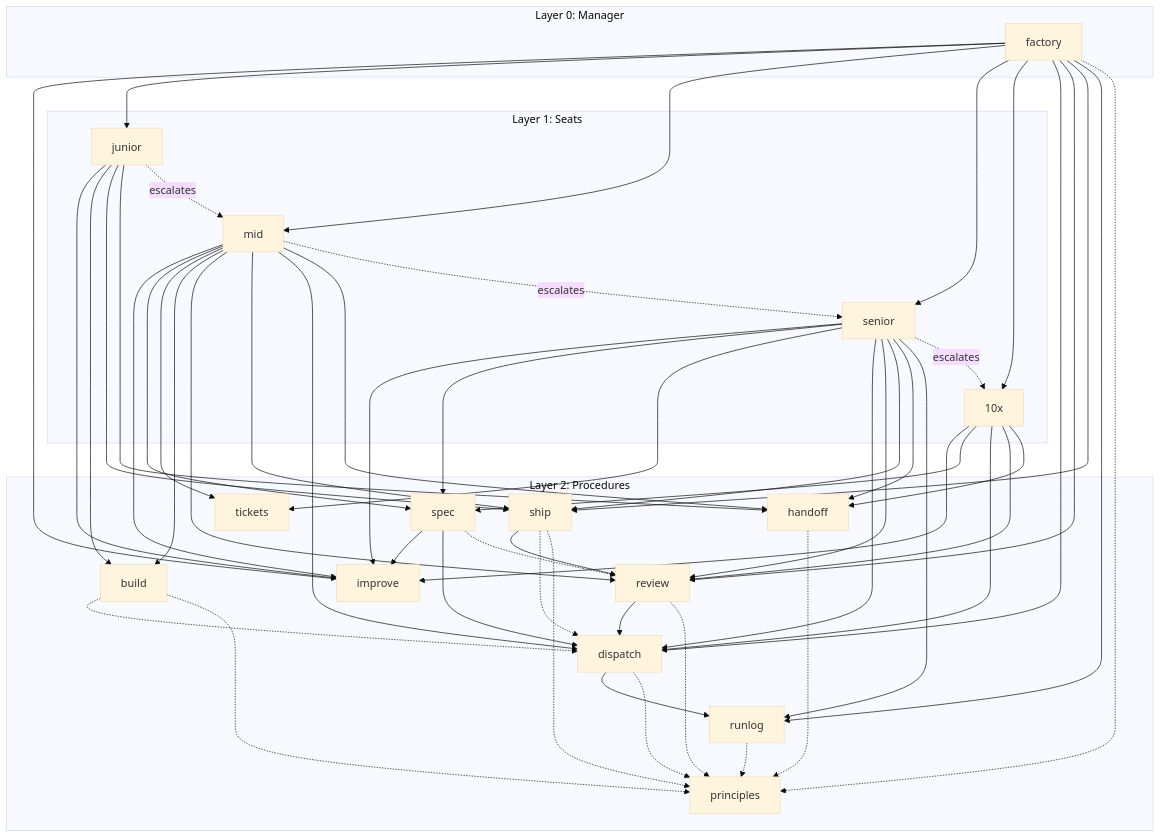
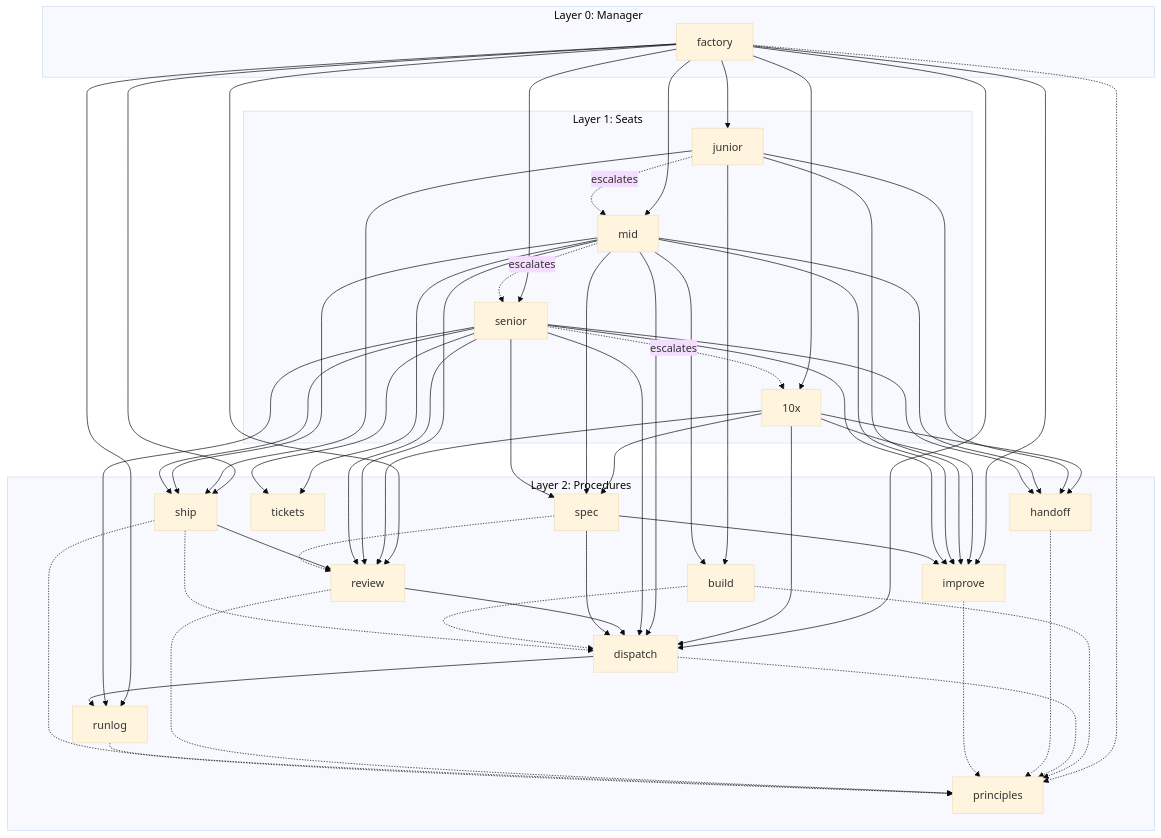
Before and after one commit to rishi23root/agent-skills: the diagram in docs/skill-graph.md, drawn with Mermaid (base theme). The commit also changed other lines of this file and 21 other files, not shown here.

````diff
--- a/docs/skill-graph.md
+++ b/docs/skill-graph.md
@@ -7,76 +7,77 @@
 ```mermaid
 flowchart TD
   subgraph L0["Layer 0: Manager"]
     s_factory["factory"]
   end
   subgraph L1["Layer 1: Seats"]
     s_10x["10x"]
     s_junior["junior"]
     s_mid["mid"]
     s_senior["senior"]
   end
   subgraph L2["Layer 2: Procedures"]
     s_build["build"]
     s_dispatch["dispatch"]
     s_handoff["handoff"]
     s_improve["improve"]
     s_principles["principles"]
     s_review["review"]
     s_runlog["runlog"]
     s_ship["ship"]
     s_spec["spec"]
     s_tickets["tickets"]
   end
   s_factory --> s_improve
   s_factory --> s_junior
   s_factory --> s_mid
   s_factory --> s_senior
   s_factory --> s_10x
   s_factory --> s_dispatch
   s_factory --> s_review
   s_factory --> s_ship
   s_factory --> s_runlog
   s_10x --> s_improve
   s_10x --> s_spec
   s_10x --> s_dispatch
   s_10x --> s_review
   s_10x --> s_handoff
   s_junior --> s_improve
   s_junior --> s_build
   s_junior --> s_ship
   s_junior --> s_handoff
   s_mid --> s_improve
   s_mid --> s_spec
   s_mid --> s_tickets
   s_mid --> s_build
   s_mid --> s_review
   s_mid --> s_ship
   s_mid --> s_dispatch
   s_mid --> s_handoff
   s_senior --> s_improve
   s_senior --> s_spec
   s_senior --> s_tickets
   s_senior --> s_dispatch
   s_senior --> s_review
   s_senior --> s_ship
   s_senior --> s_handoff
   s_senior --> s_runlog
   s_dispatch --> s_runlog
   s_review --> s_dispatch
   s_ship --> s_review
   s_spec --> s_improve
   s_spec --> s_dispatch
   s_factory -.-> s_principles
   s_build -.-> s_dispatch
   s_build -.-> s_principles
   s_dispatch -.-> s_principles
   s_handoff -.-> s_principles
+  s_improve -.-> s_principles
   s_review -.-> s_principles
   s_runlog -.-> s_principles
   s_ship -.-> s_dispatch
   s_ship -.-> s_principles
   s_spec -.-> s_review
   s_junior -. escalates .-> s_mid
   s_mid -. escalates .-> s_senior
   s_senior -. escalates .-> s_10x
 ```
````
